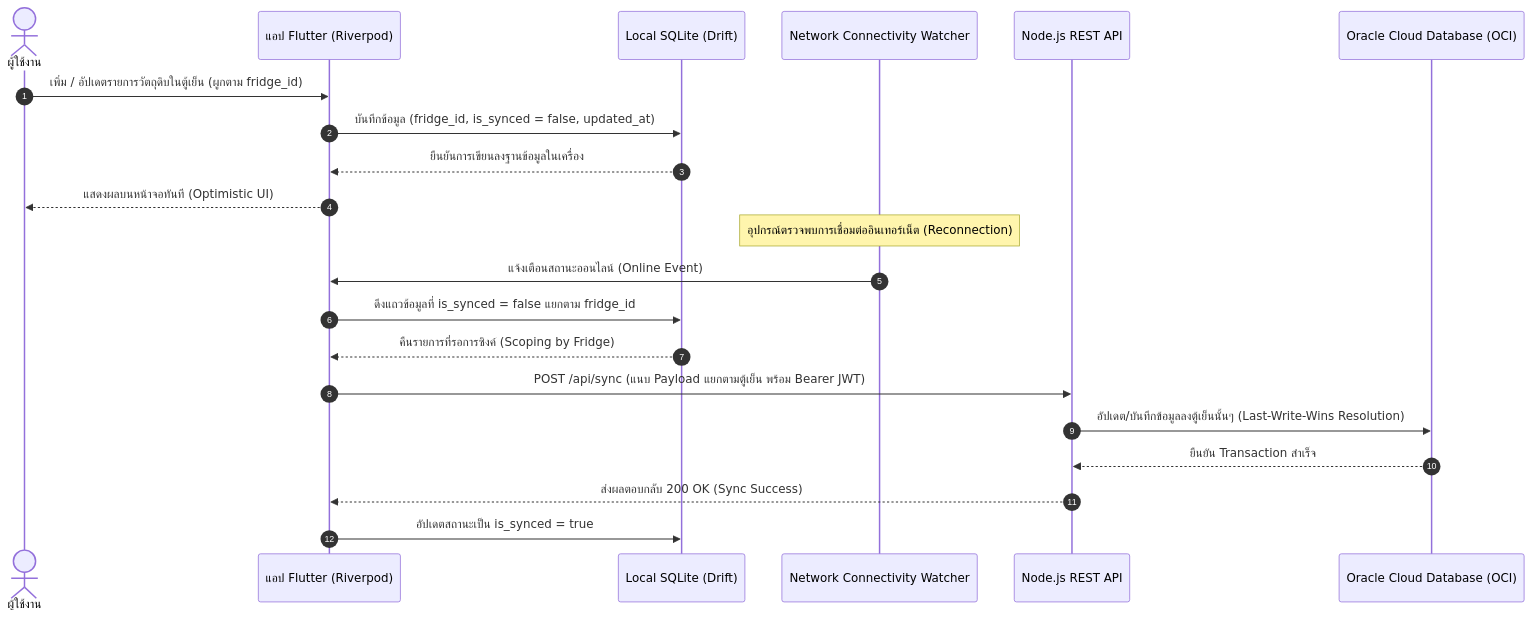
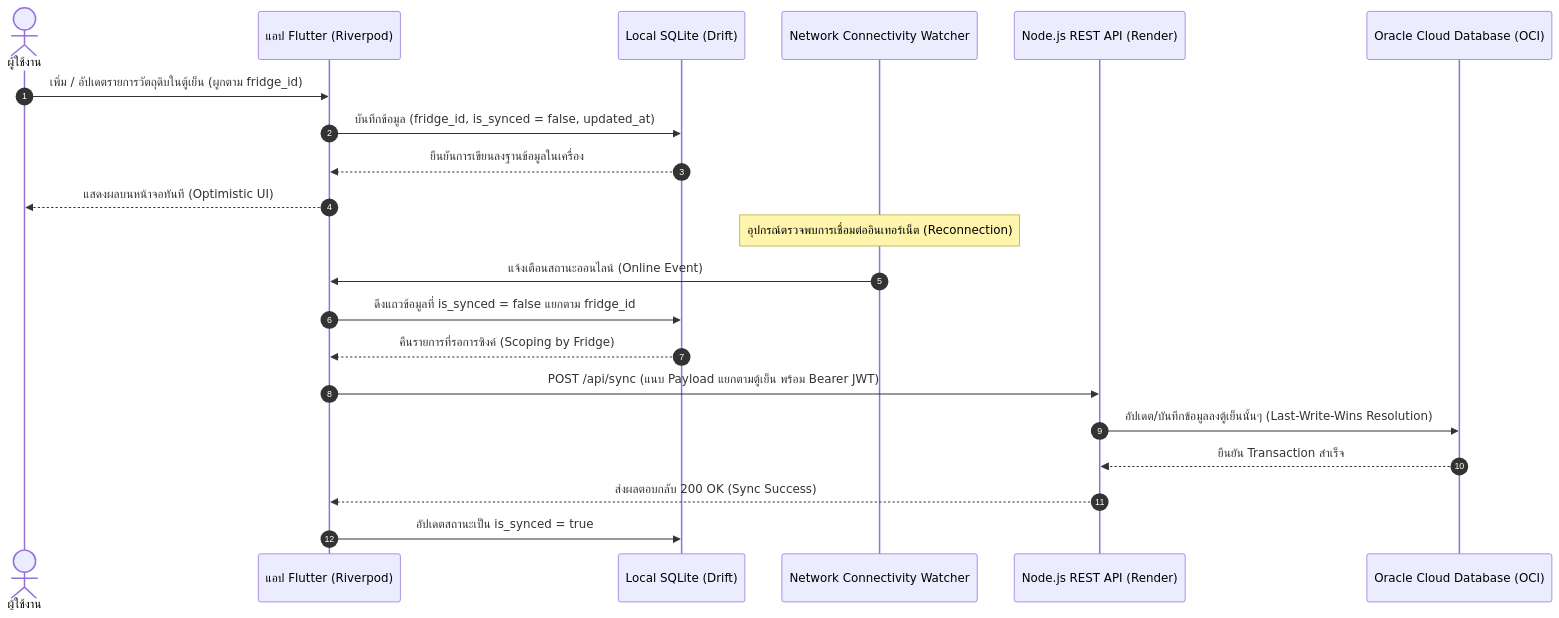
The third of 5 diagrams in README.md (Tanabordi/FM-EAA), drawn with Mermaid before and after one commit. The commit also changed other lines of this file and 225 other files, not shown here.

````diff
--- a/README.md
+++ b/README.md
@@ -243,25 +277,25 @@
 ```mermaid
 sequenceDiagram
     autonumber
     actor User as ผู้ใช้งาน
     participant App as แอป Flutter (Riverpod)
     participant LocalDB as Local SQLite (Drift)
     participant NetWatcher as Network Connectivity Watcher
-    participant API as Node.js REST API
+    participant API as Node.js REST API (Render)
     participant Oracle as Oracle Cloud Database (OCI)
 
     User->>App: เพิ่ม / อัปเดตรายการวัตถุดิบในตู้เย็น (ผูกตาม fridge_id)
     App->>LocalDB: บันทึกข้อมูล (fridge_id, is_synced = false, updated_at)
     LocalDB-->>App: ยืนยันการเขียนลงฐานข้อมูลในเครื่อง
     App-->>User: แสดงผลบนหน้าจอทันที (Optimistic UI)
 
     Note over NetWatcher: อุปกรณ์ตรวจพบการเชื่อมต่ออินเทอร์เน็ต (Reconnection)
     NetWatcher->>App: แจ้งเตือนสถานะออนไลน์ (Online Event)
     App->>LocalDB: ดึงแถวข้อมูลที่ is_synced = false แยกตาม fridge_id
     LocalDB-->>App: คืนรายการที่รอการซิงค์ (Scoping by Fridge)
     App->>API: POST /api/sync (แนบ Payload แยกตามตู้เย็น พร้อม Bearer JWT)
     API->>Oracle: อัปเดต/บันทึกข้อมูลลงตู้เย็นนั้นๆ (Last-Write-Wins Resolution)
     Oracle-->>API: ยืนยัน Transaction สำเร็จ
     API-->>App: ส่งผลตอบกลับ 200 OK (Sync Success)
     App->>LocalDB: อัปเดตสถานะเป็น is_synced = true
 ```
````
